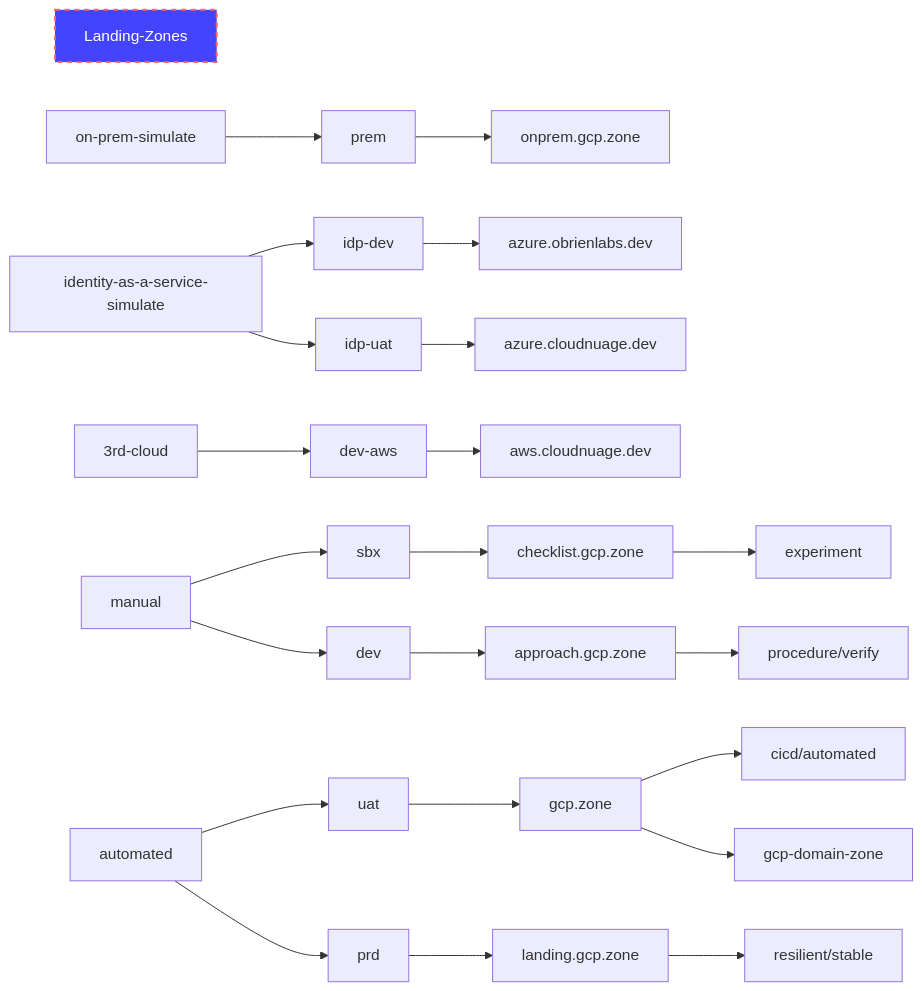
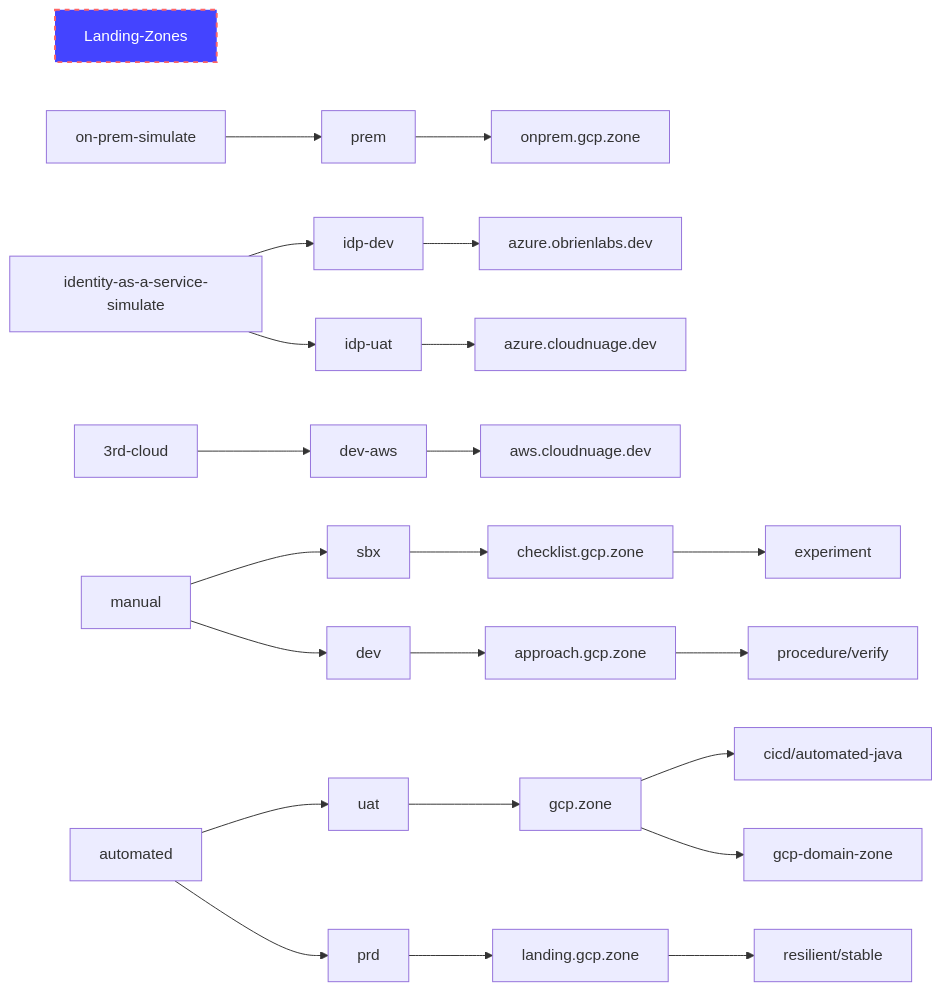
The diagram in docs/landing-zone.md (cloud-quickstart/gcp-landing-zone), drawn with Mermaid before and after one commit.

````diff
--- a/docs/landing-zone.md
+++ b/docs/landing-zone.md
@@ -17,27 +17,27 @@
 ```mermaid
 graph LR;
     style Landing-Zones fill:#44f,stroke:#f66,stroke-width:2px,color:#fff,stroke-dasharray: 5 5
     %% mapped and documented
 
     on-prem-simulate-->prem
     identity-as-a-service-simulate-->idp-dev
     identity-as-a-service-simulate-->idp-uat
     3rd-cloud-->dev-aws
     
     manual-->sbx
     manual-->dev
     automated-->uat
     automated-->prd
     
     prem-->onprem.gcp.zone
     idp-dev-->azure.obrienlabs.dev
     idp-uat-->azure.cloudnuage.dev
     dev-->approach.gcp.zone-->procedure/verify
     dev-aws-->aws.cloudnuage.dev
     sbx-->checklist.gcp.zone-->experiment
     prd-->landing.gcp.zone-->resilient/stable
-    uat-->gcp.zone-->cicd/automated
+    uat-->gcp.zone-->cicd/automated-java
     gcp.zone-->gcp-domain-zone
     
     
 ```
````
